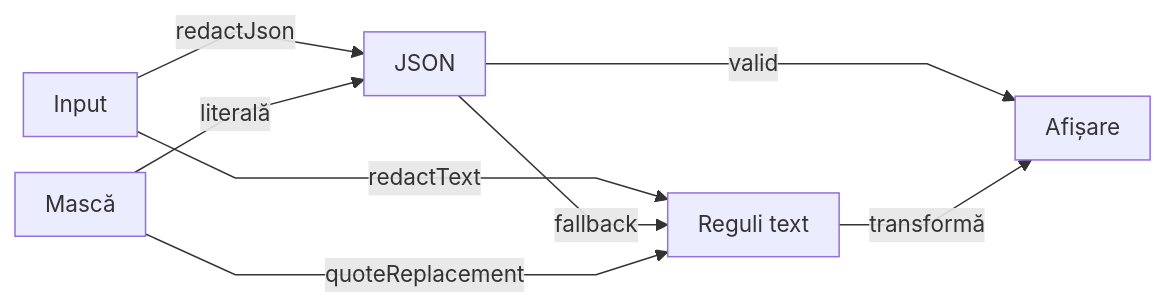
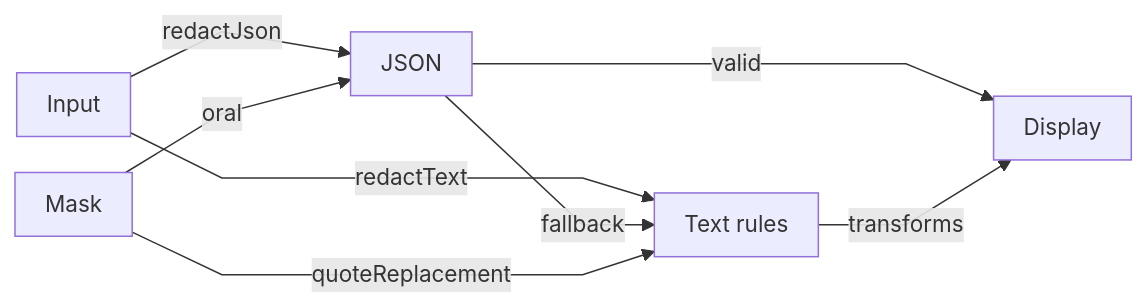
One commit to crististefanita/atf_j0 changed the diagram in atf-core/src/main/java/atf/core/security/README.md. Above: the diagram before and after it, drawn with Mermaid. The commit also changed other lines of this file and 113 other files, not shown here.

````diff
--- a/atf-core/src/main/java/atf/core/security/README.md
+++ b/atf-core/src/main/java/atf/core/security/README.md
@@ -22,11 +28,11 @@
 ```mermaid
 %%{init: {"themeVariables":{"fontSize":"15px"},"themeCSS":".nodeLabel, .nodeLabel p { font-size: 15px !important; line-height: 1.35 !important; } .edgeLabel, .edgeLabel p { font-size: 12px !important; font-weight: 400 !important; line-height: 1.2 !important; } .edgeLabel .labelBkg, .edgeLabel p { background: transparent !important; } .edgeLabel foreignObject { transform: translateY(-18px); overflow: visible; } .node rect { rx: 6px; ry: 6px; }","flowchart":{"curve":"linear","nodeSpacing":24,"rankSpacing":40,"padding":10,"diagramPadding":16}}}%%
 flowchart LR
     Input["Input"] -->|redactJson| Json["JSON"]
-    Input -->|redactText| Text["Reguli text"]
+    Input -->|redactText| Text["Text rules"]
     Json -->|fallback| Text
-    Json -->|valid| Output["Afișare"]
-    Text -->|transformă| Output
-    Mask["Mască"] -->|literală| Json
+    Json -->|valid| Output["Display"]
+    Text -->|transforms| Output
+    Mask["Mask"] -->|oral| Json
     Mask -->|quoteReplacement| Text
 ```
````
